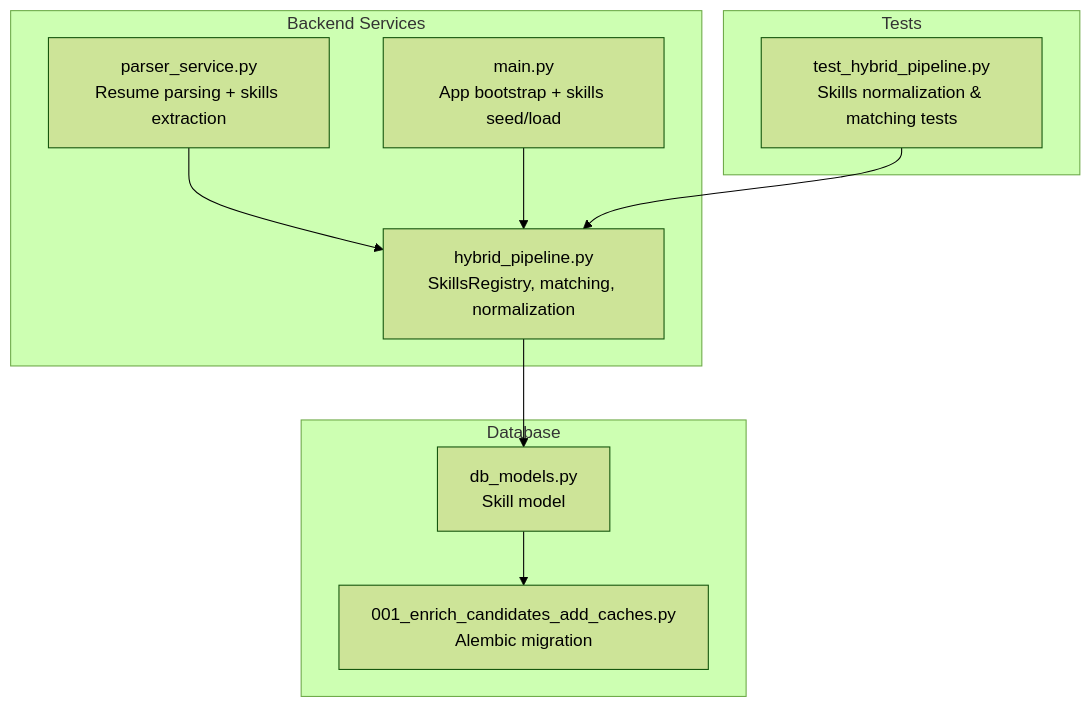
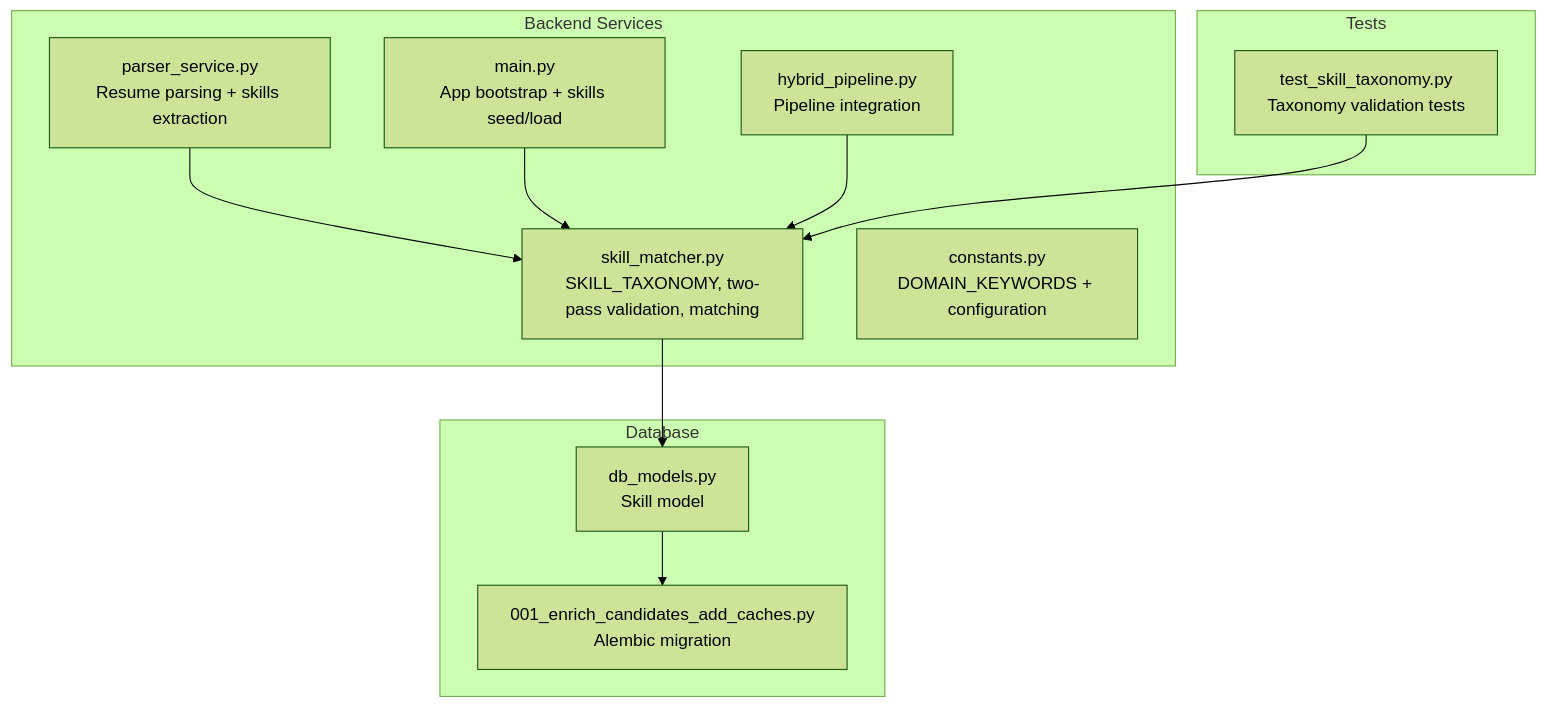
One commit to Revanththetalogics/aireume changed the first of 6 diagrams in .qoder/repowiki/en/content/Advanced Topics/Skills Registry Extension.md. Above: the diagram before and after it, drawn with Mermaid (forest theme). The commit also changed other lines of this file and 11 other files, not shown here.

Commit message:
add O*NET occupation-aware skill validation with local SQLite cache and graceful degradation

````diff
--- a/.qoder/repowiki/en/content/Advanced Topics/Skills Registry Extension.md
+++ b/.qoder/repowiki/en/content/Advanced Topics/Skills Registry Extension.md
@@ -47,20 +49,23 @@
 ```mermaid
 graph TB
 subgraph "Backend Services"
-HP["hybrid_pipeline.py<br/>SkillsRegistry, matching, normalization"]
+SM["skill_matcher.py<br/>SKILL_TAXONOMY, two-pass validation, matching"]
 PS["parser_service.py<br/>Resume parsing + skills extraction"]
+CONST["constants.py<br/>DOMAIN_KEYWORDS + configuration"]
 MAIN["main.py<br/>App bootstrap + skills seed/load"]
+HP["hybrid_pipeline.py<br/>Pipeline integration"]
 end
 subgraph "Database"
 DBM["db_models.py<br/>Skill model"]
 MIG["001_enrich_candidates_add_caches.py<br/>Alembic migration"]
 end
 subgraph "Tests"
-TST["test_hybrid_pipeline.py<br/>Skills normalization & matching tests"]
+TST["test_skill_taxonomy.py<br/>Taxonomy validation tests"]
 end
-HP --> DBM
-PS --> HP
-MAIN --> HP
+SM --> DBM
+PS --> SM
+MAIN --> SM
 DBM --> MIG
-TST --> HP
+TST --> SM
+HP --> SM
 ```
````
